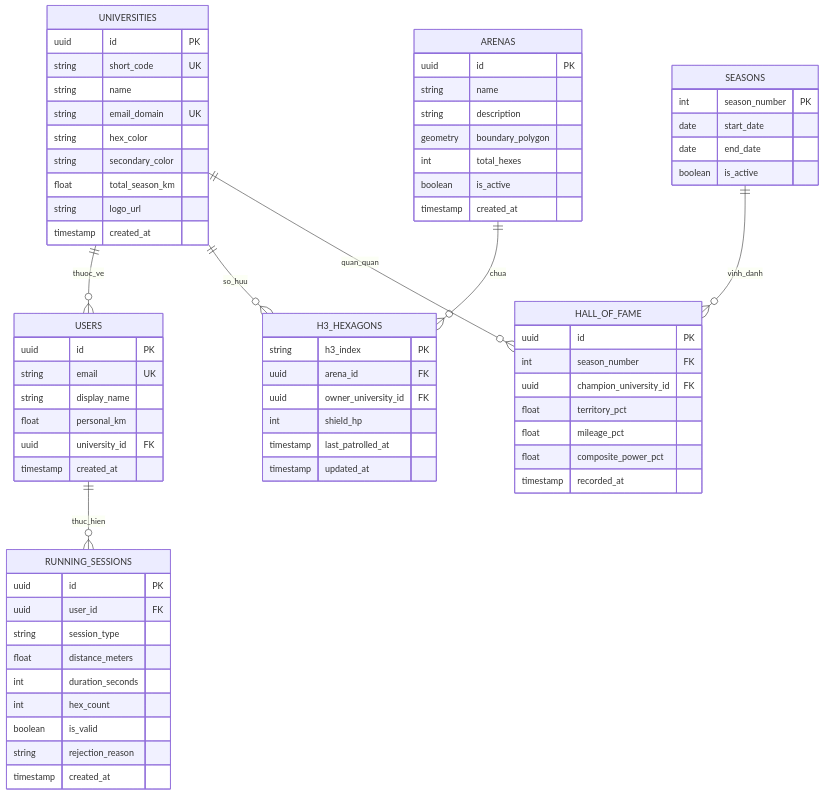
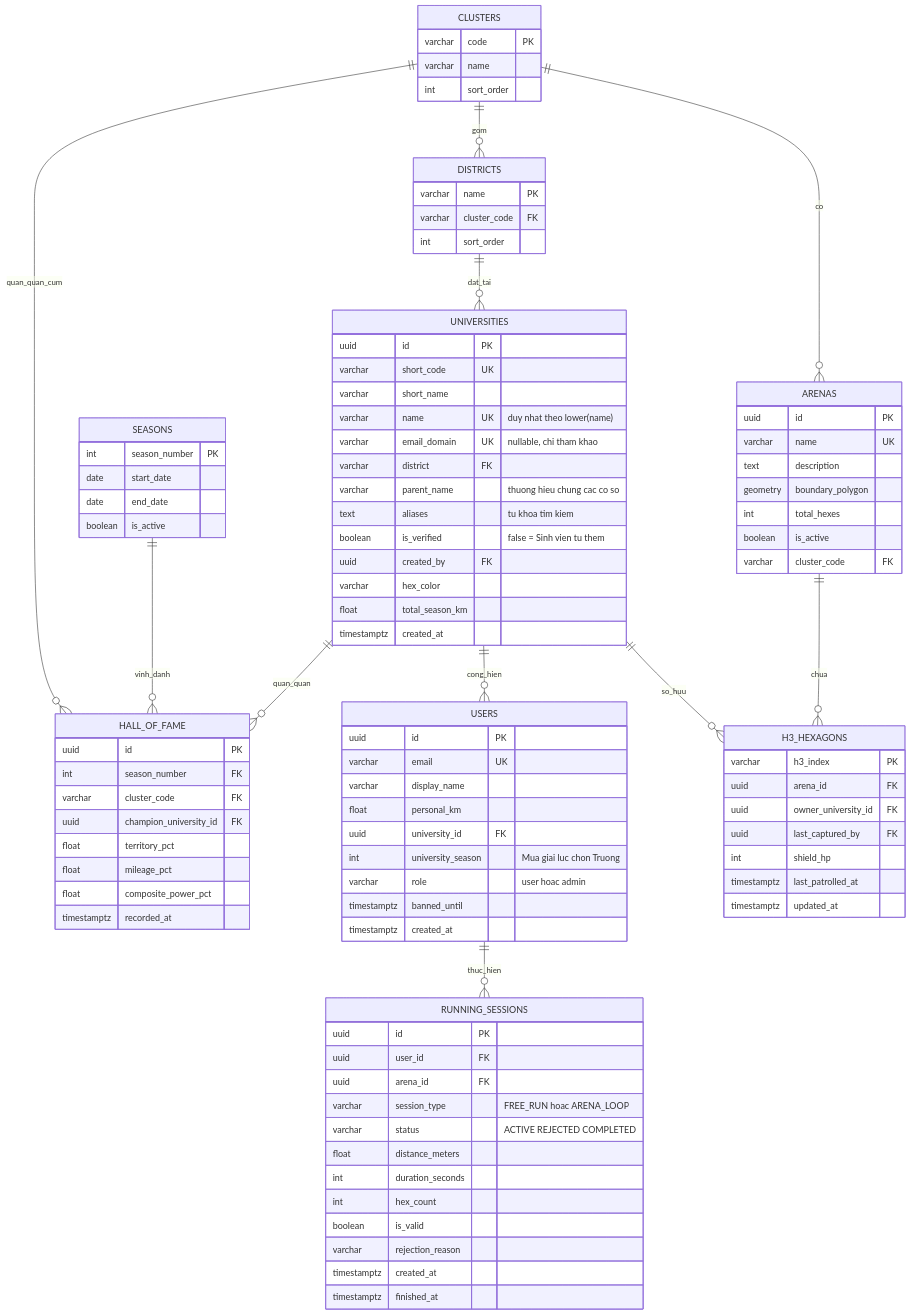
The third of 4 diagrams in docs/SRS_SISO_DA_CHIEN_BINH_THANH.md (TienPhuc03/SISO), drawn with Mermaid before and after one commit. The commit also changed other lines of this file and 48 other files, not shown here.

````diff
--- a/docs/SRS_SISO_DA_CHIEN_BINH_THANH.md
+++ b/docs/SRS_SISO_DA_CHIEN_BINH_THANH.md
@@ -253,62 +295,89 @@
 ```mermaid
 erDiagram
-    UNIVERSITIES ||--o{ USERS : "thuoc_ve"
+    CLUSTERS ||--o{ DISTRICTS : "gom"
+    DISTRICTS ||--o{ UNIVERSITIES : "dat_tai"
+    CLUSTERS ||--o{ ARENAS : "co"
+    CLUSTERS ||--o{ HALL_OF_FAME : "quan_quan_cum"
+    UNIVERSITIES ||--o{ USERS : "cong_hien"
     UNIVERSITIES ||--o{ H3_HEXAGONS : "so_huu"
     ARENAS ||--o{ H3_HEXAGONS : "chua"
     USERS ||--o{ RUNNING_SESSIONS : "thuc_hien"
     SEASONS ||--o{ HALL_OF_FAME : "vinh_danh"
     UNIVERSITIES ||--o{ HALL_OF_FAME : "quan_quan"
 
+    CLUSTERS {
+        varchar code PK
+        varchar name
+        int sort_order
+    }
+
+    DISTRICTS {
+        varchar name PK
+        varchar cluster_code FK
+        int sort_order
+    }
+
     UNIVERSITIES {
         uuid id PK
-        string short_code UK
-        string name
-        string email_domain UK
-        string hex_color
-        string secondary_color
+        varchar short_code UK
+        varchar short_name
+        varchar name UK "duy nhat theo lower(name)"
+        varchar email_domain UK "nullable, chi tham khao"
+        varchar district FK
+        varchar parent_name "thuong hieu chung cac co so"
+        text aliases "tu khoa tim kiem"
+        boolean is_verified "false = Sinh vien tu them"
+        uuid created_by FK
+        varchar hex_color
         float total_season_km
-        string logo_url
-        timestamp created_at
+        timestamptz created_at
     }
 
     ARENAS {
         uuid id PK
-        string name
-        string description
+        varchar name UK
+        text description
         geometry boundary_polygon
         int total_hexes
         boolean is_active
-        timestamp created_at
+        varchar cluster_code FK
     }
 
     USERS {
         uuid id PK
-        string email UK
-        string display_name
+        varchar email UK
+        varchar display_name
         float personal_km
         uuid university_id FK
-        timestamp created_at
+        int university_season "Mua giai luc chon Truong"
+        varchar role "user hoac admin"
+        timestamptz banned_until
+        timestamptz created_at
     }
 
     H3_HEXAGONS {
-        string h3_index PK
+        varchar h3_index PK
         uuid arena_id FK
         uuid owner_university_id FK
+        uuid last_captured_by FK
         int shield_hp
-        timestamp last_patrolled_at
-        timestamp updated_at
+        timestamptz last_patrolled_at
+        timestamptz updated_at
     }
 
     RUNNING_SESSIONS {
         uuid id PK
         uuid user_id FK
-        string session_type
+        uuid arena_id FK
+        varchar session_type "FREE_RUN hoac ARENA_LOOP"
+        varchar status "ACTIVE REJECTED COMPLETED"
         float distance_meters
         int duration_seconds
         int hex_count
         boolean is_valid
-        string rejection_reason
-        timestamp created_at
+        varchar rejection_reason
+        timestamptz created_at
+        timestamptz finished_at
     }
 
     SEASONS {
@@ -321,10 +390,11 @@
     HALL_OF_FAME {
         uuid id PK
         int season_number FK
+        varchar cluster_code FK
         uuid champion_university_id FK
         float territory_pct
         float mileage_pct
         float composite_power_pct
-        timestamp recorded_at
+        timestamptz recorded_at
     }
 ```
````
